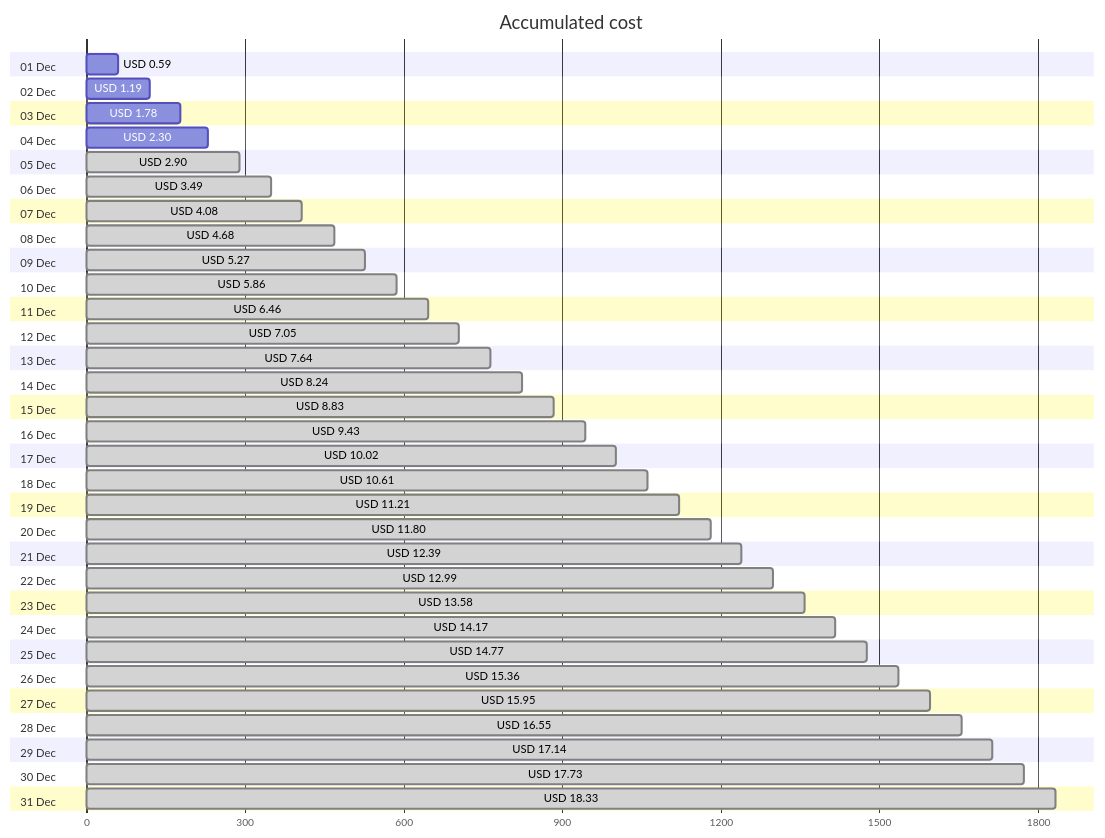
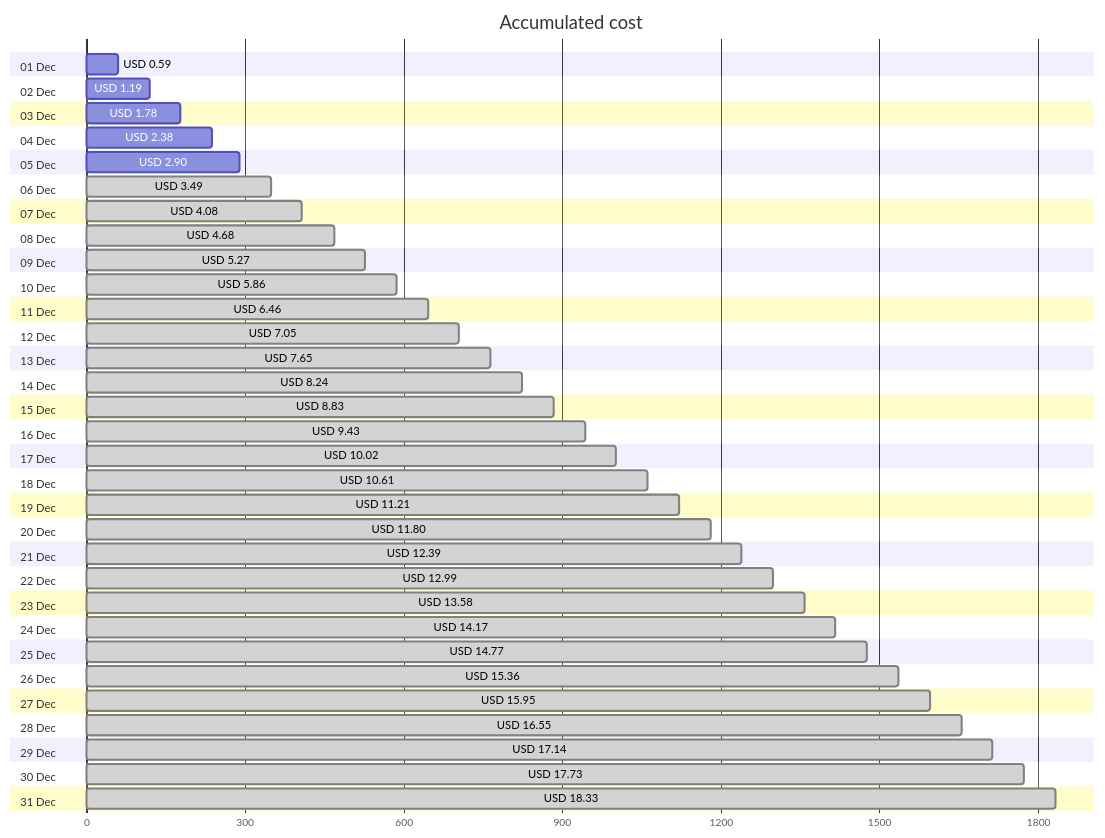
One commit to jpfulton/azure-personal-reports changed the first of 4 diagrams in cost-reports/personal-site/README.md. Above: the diagram before and after it, drawn with Mermaid. The commit also changed other lines of this file and 8 other files, not shown here.

````diff
--- a/cost-reports/personal-site/README.md
+++ b/cost-reports/personal-site/README.md
@@ -20,68 +20,68 @@
 ```mermaid
 gantt
    title Accumulated cost
    dateFormat  X
    axisFormat %s
    section 01 Dec
    USD 0.59 :0, 59
    section 02 Dec
    USD 1.19 :0, 119
    section 03 Dec
    USD 1.78 :0, 178
    section 04 Dec
-   USD 2.30 :0, 230
+   USD 2.38 :0, 238
    section 05 Dec
-   USD 2.90 : done, 0, 290
+   USD 2.90 :0, 290
    section 06 Dec
    USD 3.49 : done, 0, 349
    section 07 Dec
    USD 4.08 : done, 0, 408
    section 08 Dec
    USD 4.68 : done, 0, 468
    section 09 Dec
    USD 5.27 : done, 0, 527
    section 10 Dec
    USD 5.86 : done, 0, 586
    section 11 Dec
    USD 6.46 : done, 0, 646
    section 12 Dec
    USD 7.05 : done, 0, 705
    section 13 Dec
-   USD 7.64 : done, 0, 764
+   USD 7.65 : done, 0, 765
    section 14 Dec
    USD 8.24 : done, 0, 824
    section 15 Dec
    USD 8.83 : done, 0, 883
    section 16 Dec
    USD 9.43 : done, 0, 943
    section 17 Dec
    USD 10.02 : done, 0, 1002
    section 18 Dec
    USD 10.61 : done, 0, 1061
    section 19 Dec
    USD 11.21 : done, 0, 1121
    section 20 Dec
    USD 11.80 : done, 0, 1180
    section 21 Dec
    USD 12.39 : done, 0, 1239
    section 22 Dec
    USD 12.99 : done, 0, 1299
    section 23 Dec
    USD 13.58 : done, 0, 1358
    section 24 Dec
    USD 14.17 : done, 0, 1417
    section 25 Dec
    USD 14.77 : done, 0, 1477
    section 26 Dec
    USD 15.36 : done, 0, 1536
    section 27 Dec
    USD 15.95 : done, 0, 1595
    section 28 Dec
    USD 16.55 : done, 0, 1655
    section 29 Dec
    USD 17.14 : done, 0, 1714
    section 30 Dec
    USD 17.73 : done, 0, 1773
    section 31 Dec
    USD 18.33 : done, 0, 1833
 ```
````
